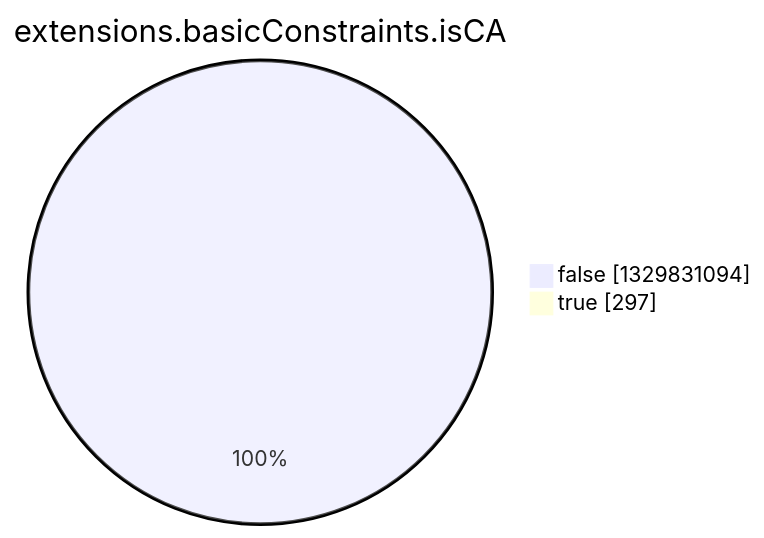
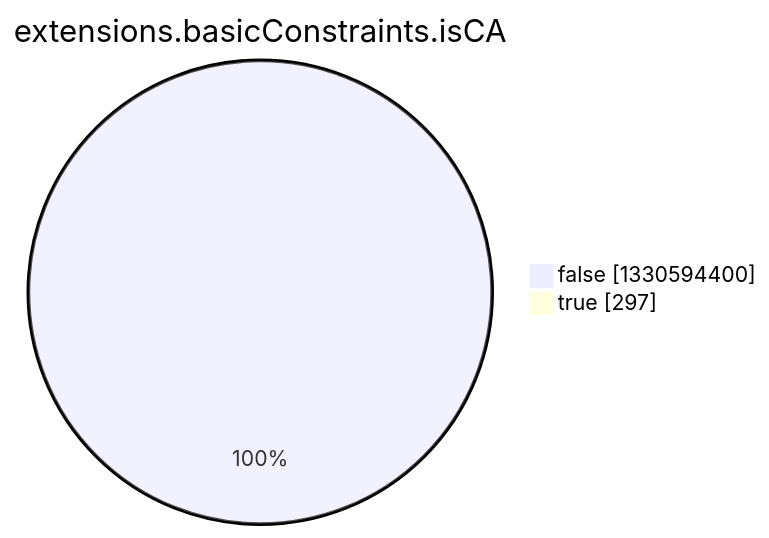
The eighth of 15 diagrams in argon2022/README.md (christiankrug/ctmonitor_visualization), drawn with Mermaid before and after one commit. The commit also changed other lines of this file, not shown here.

````diff
--- a/argon2022/README.md
+++ b/argon2022/README.md
@@ -2758,6 +2758,6 @@
 ```mermaid
 pie showData
 title extensions.basicConstraints.isCA
-"false" :1329831094
+"false" :1330594400
 "true" :297
 ```
````
